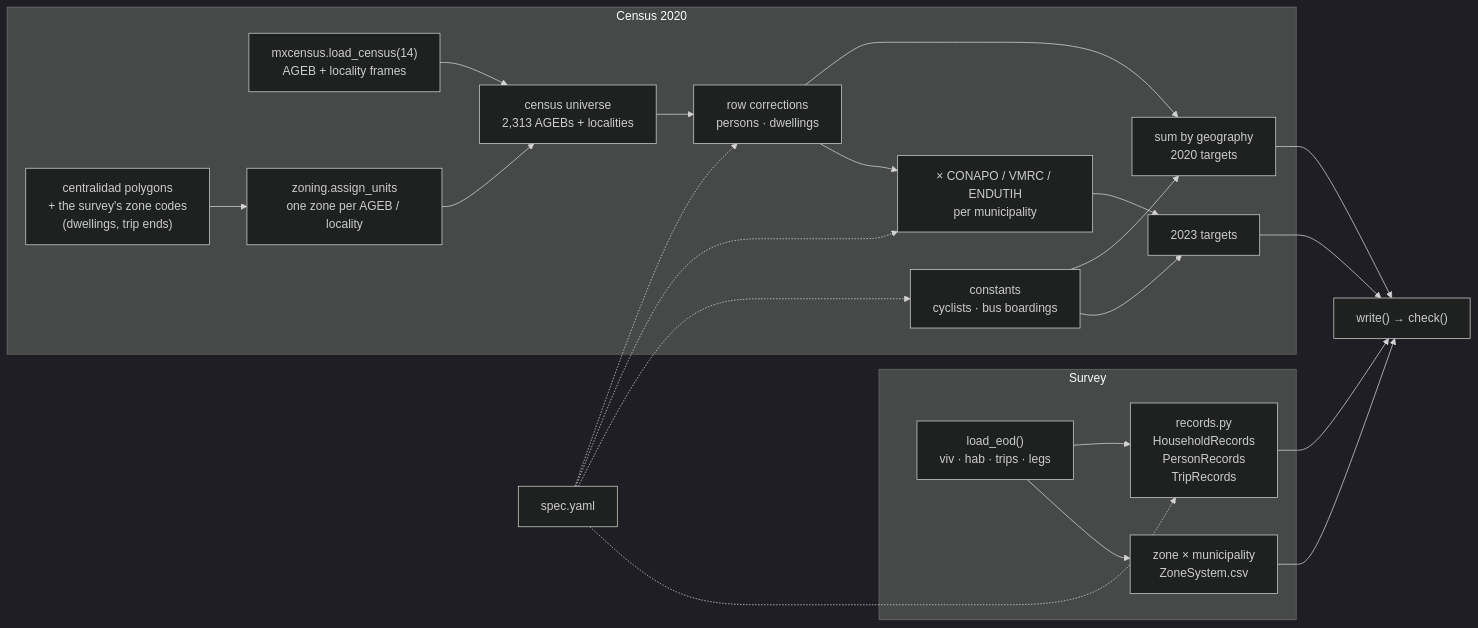
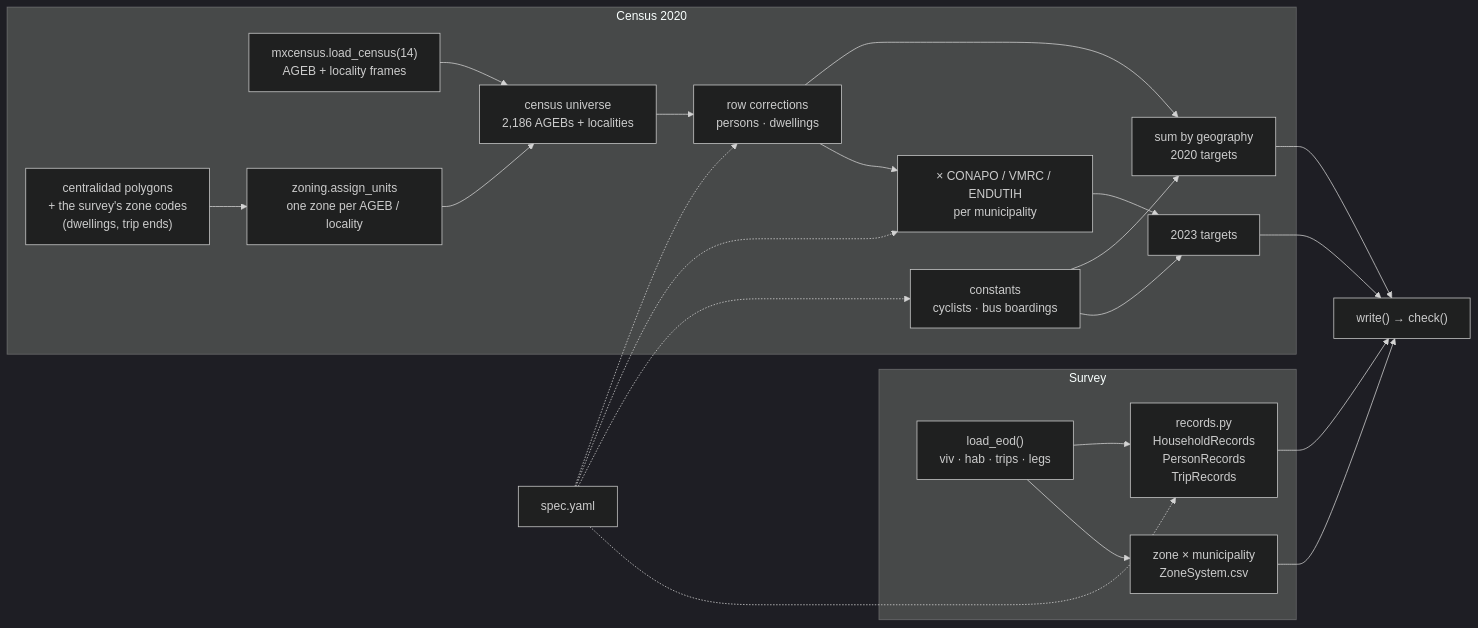
One commit to CentroFuturoCiudades/eodgdl changed the diagram in reports/reweight_inputs.qmd. Above: the diagram before and after it, drawn with Mermaid (dark theme). The commit also changed other lines of this file and 4 other files, not shown here.

First line of the commit message:
Zone system: a rural AGEB's localities in another zone's polygon are in no zone

````diff
--- a/reports/reweight_inputs.qmd
+++ b/reports/reweight_inputs.qmd
@@ -157,19 +157,19 @@
 ```{mermaid}
 %%| label: fig-flow
 %%| fig-cap: "The build. Survey tables become records (left); census rows become targets (right). The spec is the only place any definition lives."
 flowchart LR
   subgraph survey [Survey]
     A["load_eod()<br/>viv · hab · trips · legs"] --> R["records.py<br/>HouseholdRecords<br/>PersonRecords<br/>TripRecords"]
     A --> Z["zone × municipality<br/>ZoneSystem.csv"]
   end
   subgraph census [Census 2020]
-    C["mxcensus.load_census(14)<br/>AGEB + locality frames"] --> U["census universe<br/>2,313 AGEBs + localities"]
+    C["mxcensus.load_census(14)<br/>AGEB + locality frames"] --> U["census universe<br/>2,186 AGEBs + localities"]
     X["centralidad polygons<br/>+ the survey's zone codes<br/>(dwellings, trip ends)"] --> Z2["zoning.assign_units<br/>one zone per AGEB / locality"] --> U
     U --> S["row corrections<br/>persons · dwellings"]
     S --> T20["sum by geography<br/>2020 targets"]
     S --> G["× CONAPO / VMRC / ENDUTIH<br/>per municipality"] --> T23["2023 targets"]
     K["constants<br/>cyclists · bus boardings"] --> T20 & T23
   end
   Y["spec.yaml"] -.-> R & S & G & K
   R & Z & T20 & T23 --> W["write() → check()"]
 ```
````
